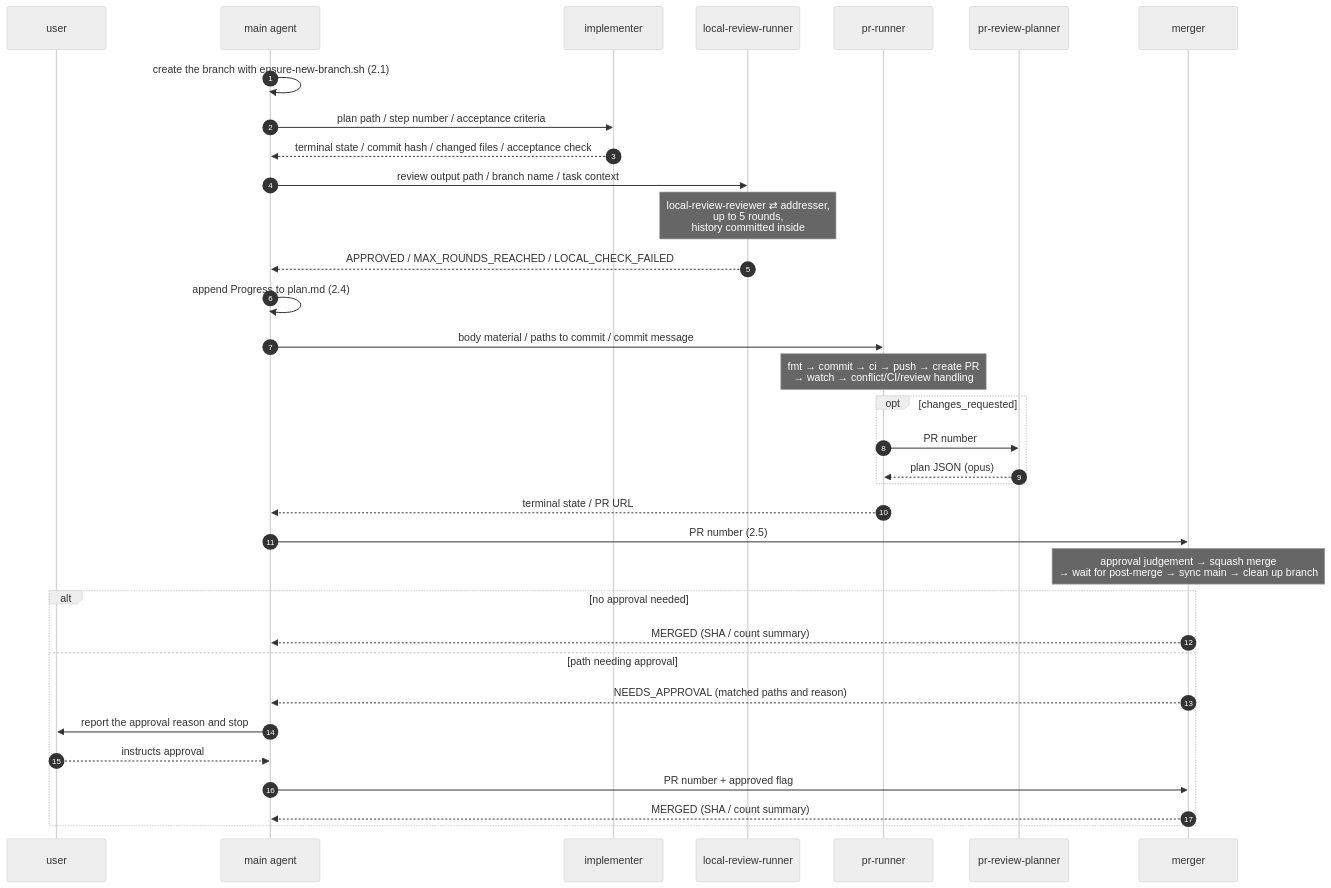
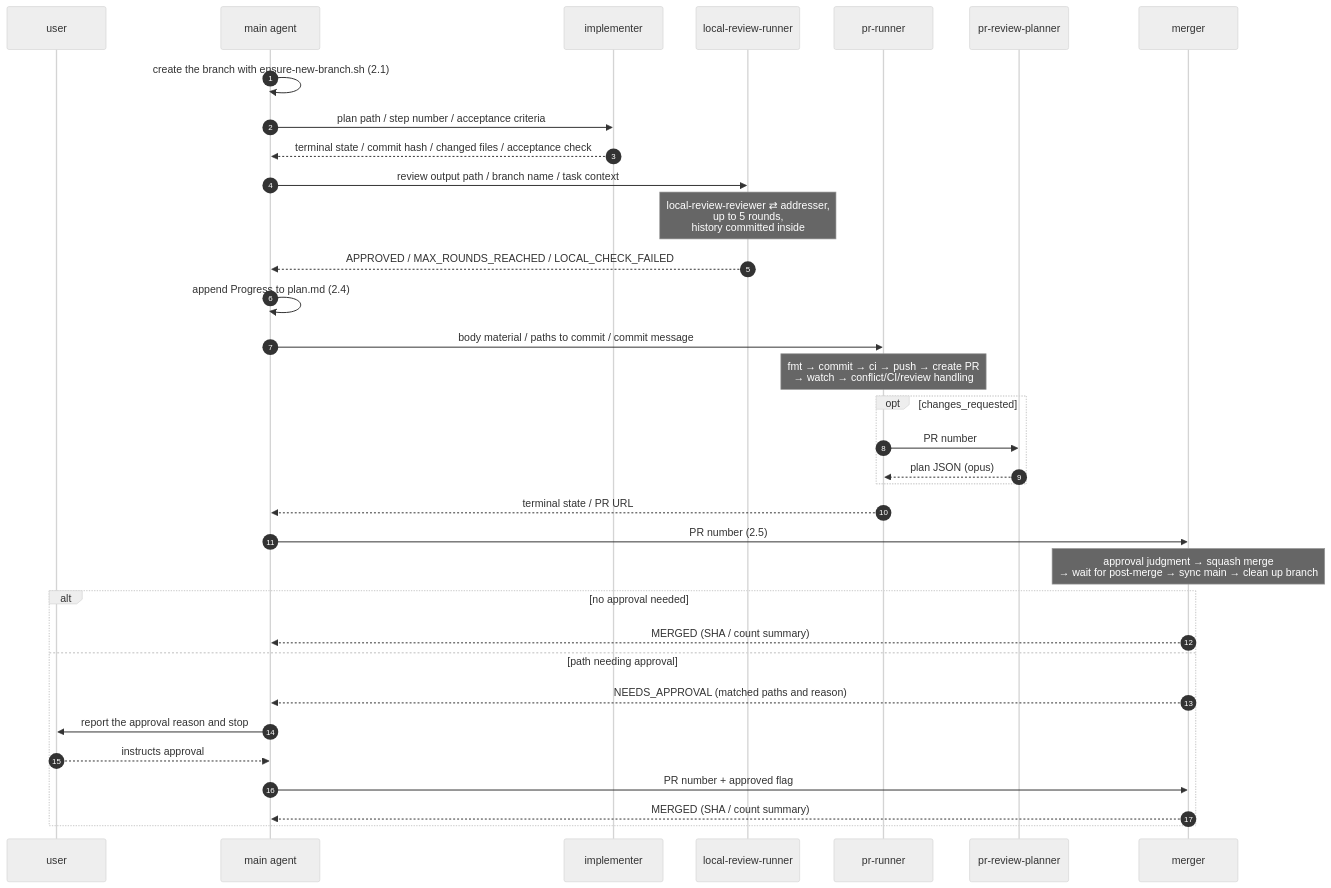
One commit to minodisk/riffle changed the second of 3 diagrams in .claude/skills/develop/README.md. Above: the diagram before and after it, drawn with Mermaid (neutral theme). The commit also changed other lines of this file and 72 other files, not shown here.

````diff
--- a/.claude/skills/develop/README.md
+++ b/.claude/skills/develop/README.md
@@ -468,37 +468,37 @@
 ```mermaid
 sequenceDiagram
     autonumber
     participant U as user
     participant M as main agent
     participant I as implementer
     participant L as local-review-runner
     participant P as pr-runner
     participant R as pr-review-planner
     participant G as merger
 
     M->>M: create the branch with ensure-new-branch.sh (2.1)
     M->>I: plan path / step number / acceptance criteria
     I-->>M: terminal state / commit hash / changed files / acceptance check
     M->>L: review output path / branch name / task context
     Note over L: local-review-reviewer ⇄ addresser,<br/>up to 5 rounds,<br/>history committed inside
     L-->>M: APPROVED / MAX_ROUNDS_REACHED / LOCAL_CHECK_FAILED
     M->>M: append Progress to plan.md (2.4)
     M->>P: body material / paths to commit / commit message
     Note over P: fmt → commit → ci → push → create PR<br/>→ watch → conflict/CI/review handling
     opt changes_requested
         P->>R: PR number
         R-->>P: plan JSON (opus)
     end
     P-->>M: terminal state / PR URL
     M->>G: PR number (2.5)
-    Note over G: approval judgement → squash merge<br/>→ wait for post-merge → sync main → clean up branch
+    Note over G: approval judgment → squash merge<br/>→ wait for post-merge → sync main → clean up branch
     alt no approval needed
         G-->>M: MERGED (SHA / count summary)
     else path needing approval
         G-->>M: NEEDS_APPROVAL (matched paths and reason)
         M->>U: report the approval reason and stop
         U-->>M: instructs approval
         M->>G: PR number + approved flag
         G-->>M: MERGED (SHA / count summary)
     end
 ```
````
